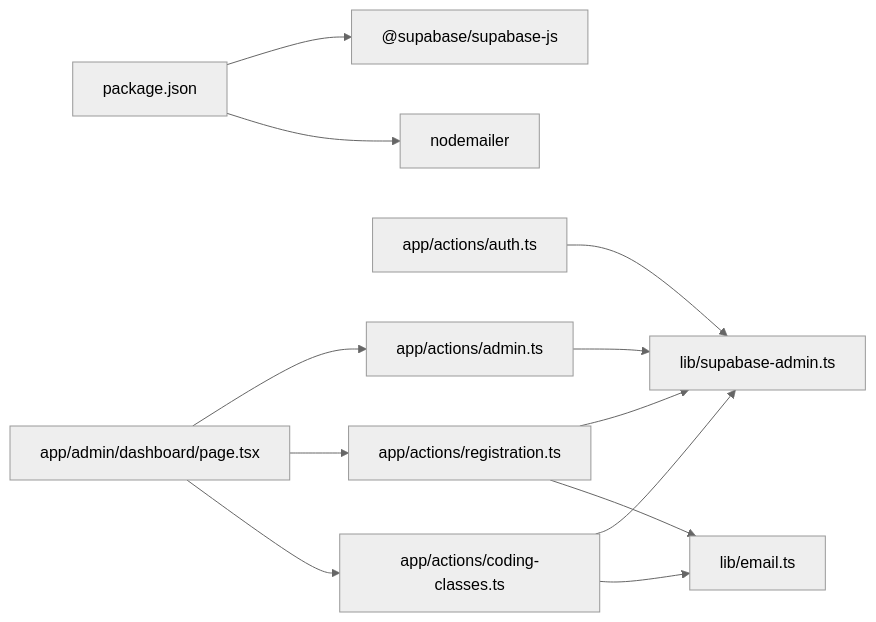
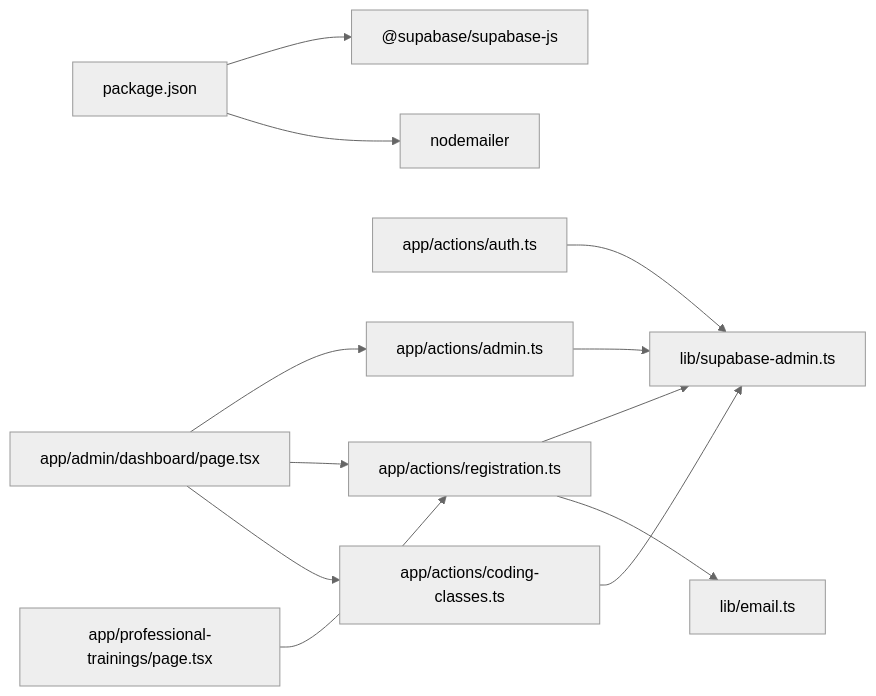
One commit to Black-box01/rhemaexpertsolutions changed the tenth of 10 diagrams in .qoder/repowiki/en/content/Server Actions and Data Management/Server Actions and Data Management.md. Above: the diagram before and after it, drawn with Mermaid (neutral theme). The commit also changed other lines of this file and 22 other files, not shown here.

First line of the commit message:
feat(professional-trainings): add professional training registration system

````diff
--- a/.qoder/repowiki/en/content/Server Actions and Data Management/Server Actions and Data Management.md
+++ b/.qoder/repowiki/en/content/Server Actions and Data Management/Server Actions and Data Management.md
@@ -344,14 +424,14 @@
 ```mermaid
 graph LR
 Pkg["package.json"] --> Supabase["@supabase/supabase-js"]
 Pkg --> Nodemailer["nodemailer"]
 Auth["app/actions/auth.ts"] --> SupaAdmin["lib/supabase-admin.ts"]
 Reg["app/actions/registration.ts"] --> SupaAdmin
+Reg --> Email["lib/email.ts"]
 Coding["app/actions/coding-classes.ts"] --> SupaAdmin
 Admin["app/actions/admin.ts"] --> SupaAdmin
-Reg --> Email["lib/email.ts"]
-Coding --> Email
 Dashboard["app/admin/dashboard/page.tsx"] --> Admin
 Dashboard --> Reg
 Dashboard --> Coding
+ProfTrainings["app/professional-trainings/page.tsx"] --> Reg
 ```
````
